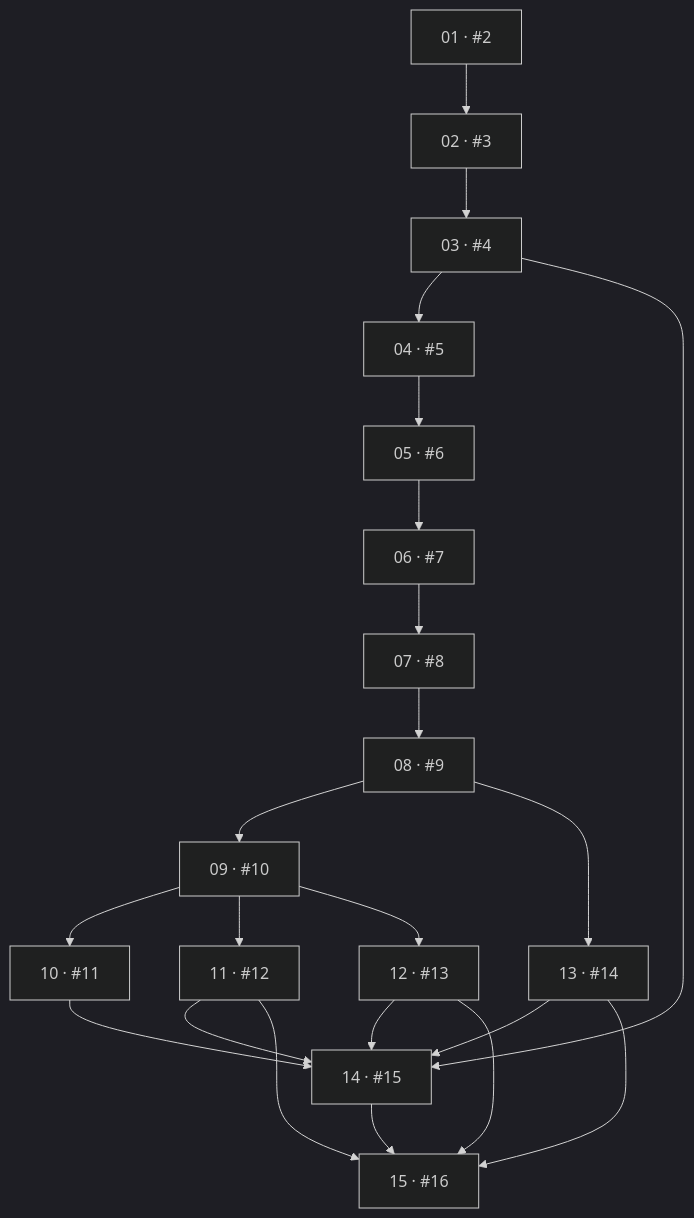
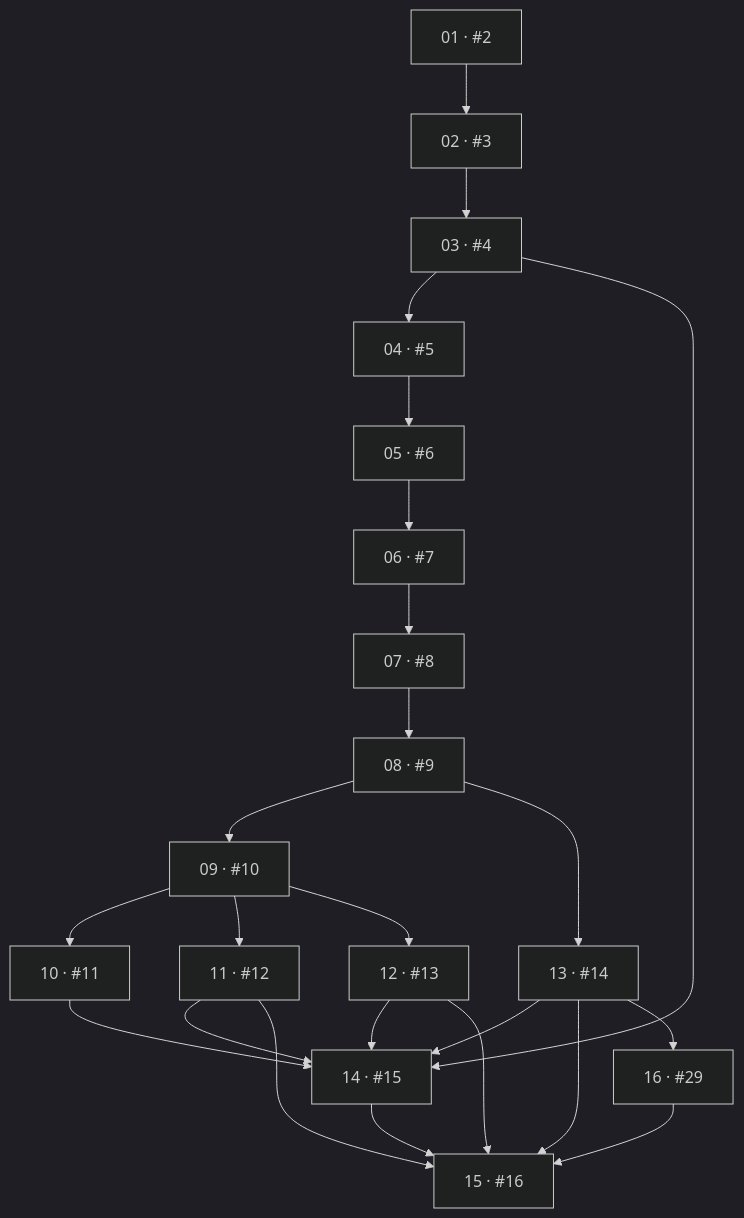
The diagram in docs/plans/luna-first-vertical-tickets.md (yasserchehade/Luna), drawn with Mermaid (dark theme) before and after one commit. The commit also changed other lines of this file and 17 other files, not shown here.

````diff
--- a/docs/plans/luna-first-vertical-tickets.md
+++ b/docs/plans/luna-first-vertical-tickets.md
@@ -14,27 +15,30 @@
 ```mermaid
 flowchart TD
     T01["01 · #2"] --> T02["02 · #3"]
     T02 --> T03["03 · #4"]
     T03 --> T04["04 · #5"]
     T04 --> T05["05 · #6"]
     T05 --> T06["06 · #7"]
     T06 --> T07["07 · #8"]
     T07 --> T08["08 · #9"]
     T08 --> T09["09 · #10"]
 
     T09 --> T10["10 · #11"]
     T09 --> T11["11 · #12"]
     T09 --> T12["12 · #13"]
     T08 --> T13["13 · #14"]
 
     T03 --> T14["14 · #15"]
     T10 --> T14
     T11 --> T14
     T12 --> T14
     T13 --> T14
 
     T11 --> T15["15 · #16"]
     T12 --> T15
     T13 --> T15
     T14 --> T15
+
+    T13 --> T16["16 · #29"]
+    T16 --> T15
 ```
````
